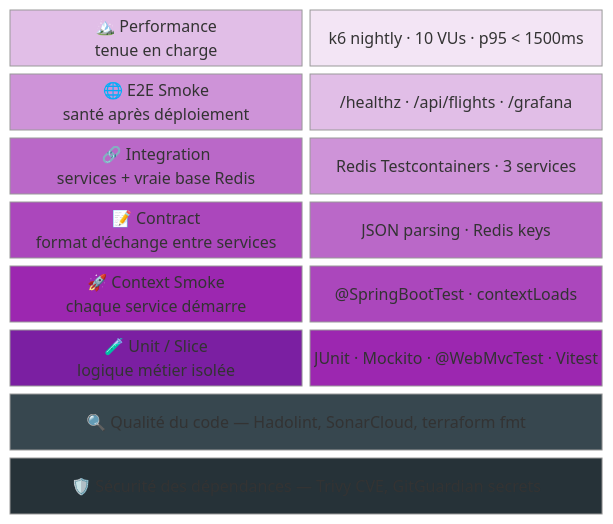
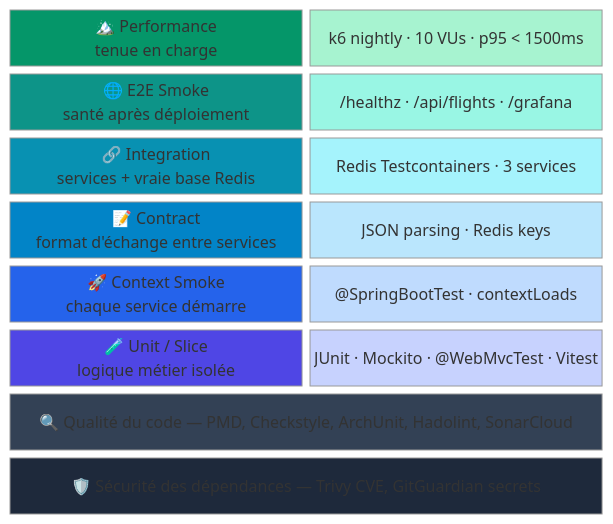
Before and after one commit to ClementV78/CloudRadar: the first of 7 diagrams in docs/testing-overview.md, drawn with Mermaid (neutral theme). The commit also changed other lines of this file and 16 other files, not shown here.

First line of the commit message:
ci(quality): add static analysis tooling (PMD, Checkstyle, ArchUnit) (#561)

````diff
--- a/docs/testing-overview.md
+++ b/docs/testing-overview.md
@@ -27,28 +30,28 @@
 ```mermaid
 block-beta
   columns 2
 
   P["🏔️ Performance<br>tenue en charge"]:1 Pd["k6 nightly · 10 VUs · p95 < 1500ms"]:1
   E["🌐 E2E Smoke<br>santé après déploiement"]:1 Ed["/healthz · /api/flights · /grafana"]:1
   D["🔗 Integration<br>services + vraie base Redis"]:1 Dd["Redis Testcontainers · 3 services"]:1
   C["📝 Contract<br>format d'échange entre services"]:1 Cd["JSON parsing · Redis keys"]:1
   S["🚀 Context Smoke<br>chaque service démarre"]:1 Sd["@SpringBootTest · contextLoads"]:1
   U["🧪 Unit / Slice<br>logique métier isolée"]:1 Ud["JUnit · Mockito · @WebMvcTest · Vitest"]:1
-  SA["🔍 Qualité du code — Hadolint, SonarCloud, terraform fmt"]:2
+  SA["🔍 Qualité du code — PMD, Checkstyle, ArchUnit, Hadolint, SonarCloud"]:2
   SC["🛡️ Sécurité des dépendances — Trivy CVE, GitGuardian secrets"]:2
 
-  style P fill:#e1bee7,color:#000
-  style Pd fill:#f3e5f5,color:#000
-  style E fill:#ce93d8,color:#000
-  style Ed fill:#e1bee7,color:#000
-  style D fill:#ba68c8,color:#fff
-  style Dd fill:#ce93d8,color:#000
-  style C fill:#ab47bc,color:#fff
-  style Cd fill:#ba68c8,color:#fff
-  style S fill:#9c27b0,color:#fff
-  style Sd fill:#ab47bc,color:#fff
-  style U fill:#7b1fa2,color:#fff
-  style Ud fill:#9c27b0,color:#fff
-  style SA fill:#37474f,color:#fff
-  style SC fill:#263238,color:#fff
+  style P fill:#059669,color:#fff
+  style Pd fill:#a7f3d0,color:#000
+  style E fill:#0d9488,color:#fff
+  style Ed fill:#99f6e4,color:#000
+  style D fill:#0891b2,color:#fff
+  style Dd fill:#a5f3fc,color:#000
+  style C fill:#0284c7,color:#fff
+  style Cd fill:#bae6fd,color:#000
+  style S fill:#2563eb,color:#fff
+  style Sd fill:#bfdbfe,color:#000
+  style U fill:#4f46e5,color:#fff
+  style Ud fill:#c7d2fe,color:#000
+  style SA fill:#334155,color:#fff
+  style SC fill:#1e293b,color:#fff
 ```
````
